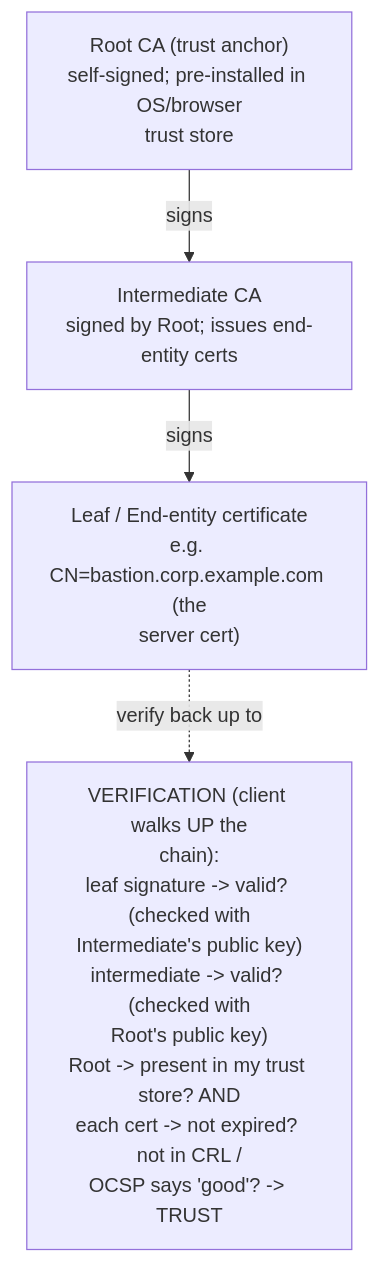
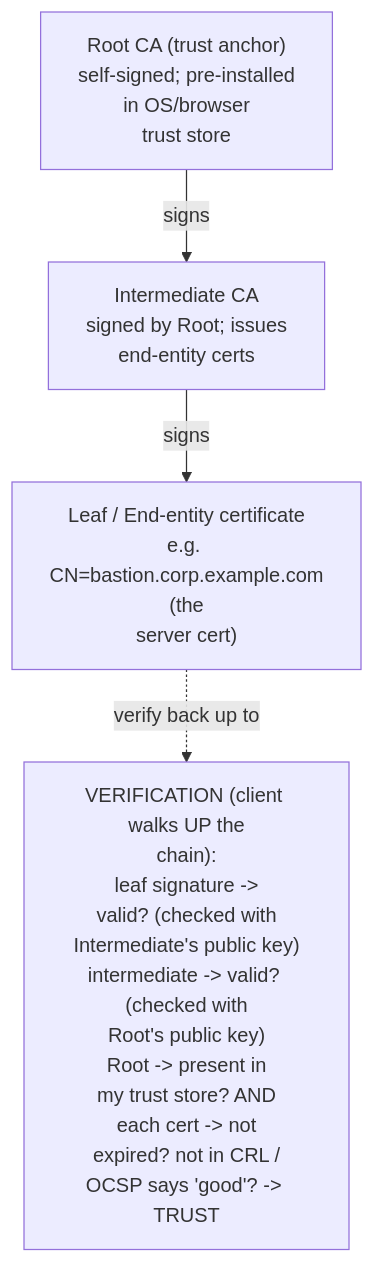
The third of 4 diagrams in prerequisites/cryptography-and-pki.md (morandeirachema/WallixCerts), drawn with Mermaid before and after one commit. The commit also changed other lines of this file and 35 other files, not shown here.

First line of the commit message:
Tidy Mermaid boxes: balanced wrapping at a narrower width (36)

````diff
--- a/prerequisites/cryptography-and-pki.md
+++ b/prerequisites/cryptography-and-pki.md
@@ -146,11 +146,11 @@
 ```mermaid
 flowchart TD
-    Root["Root CA (trust anchor)<br/>self-signed; pre-installed in OS/browser<br/>trust store"]
-    Inter["Intermediate CA<br/>signed by Root; issues end-entity certs"]
-    Leaf["Leaf / End-entity certificate<br/>e.g. CN=bastion.corp.example.com (the<br/>server cert)"]
+    Root["Root CA (trust anchor)<br/>self-signed; pre-installed<br/>in OS/browser<br/>trust store"]
+    Inter["Intermediate CA<br/>signed by Root; issues<br/>end-entity certs"]
+    Leaf["Leaf / End-entity certificate<br/>e.g. CN=bastion.corp.example.com<br/>(the<br/>server cert)"]
     Root -->|signs| Inter
     Inter -->|signs| Leaf
 
-    V["VERIFICATION (client walks UP the<br/>chain):<br/>leaf signature -> valid? (checked with<br/>Intermediate's public key)<br/>intermediate -> valid? (checked with<br/>Root's public key)<br/>Root -> present in my trust store? AND<br/>each cert -> not expired? not in CRL /<br/>OCSP says 'good'? -> TRUST"]
+    V["VERIFICATION (client walks UP the<br/>chain):<br/>leaf signature -><br/>valid? (checked with<br/>Intermediate's public key)<br/>intermediate -> valid? (checked with<br/>Root's public key)<br/>Root -> present in<br/>my trust store? AND<br/>each cert -> not<br/>expired? not in CRL /<br/>OCSP says 'good'? -> TRUST"]
     Leaf -.->|verify back up to| V
 ```
````
